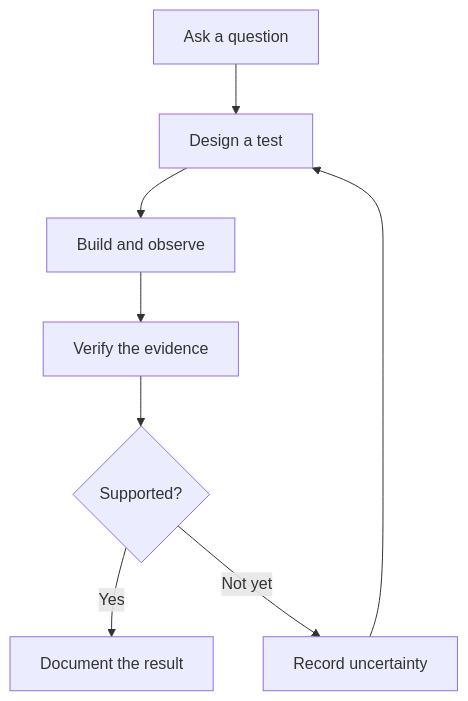
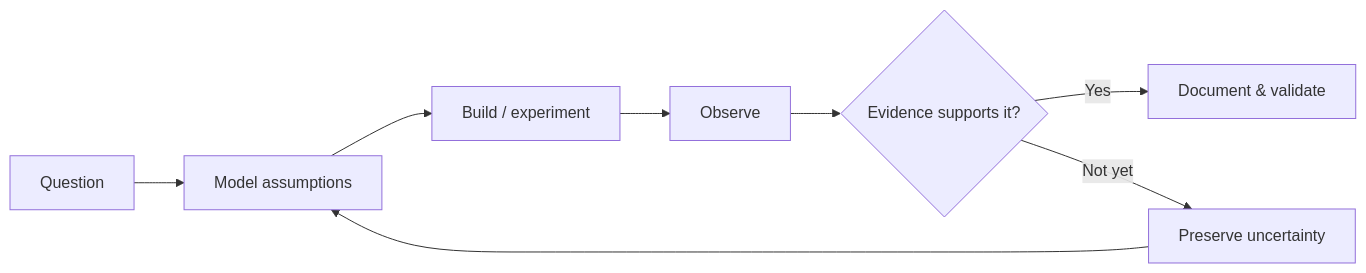
Before and after one commit to YuvalSigura/YuvalSigura: the diagram in README.md, drawn with Mermaid. The commit also changed other lines of this file, not shown here.

````diff
--- a/README.md
+++ b/README.md
@@ -110,10 +109,10 @@
 ```mermaid
-flowchart TD
-    A["Ask a question"] --> B["Design a test"]
-    B --> C["Build and observe"]
-    C --> D["Verify the evidence"]
-    D --> E{"Supported?"}
-    E -->|"Yes"| F["Document the result"]
-    E -->|"Not yet"| G["Record uncertainty"]
-    G --> B
+flowchart LR
+    Q["Question"] --> M["Model assumptions"]
+    M --> B["Build / experiment"]
+    B --> O["Observe"]
+    O --> V{"Evidence supports it?"}
+    V -->|"Yes"| D["Document & validate"]
+    V -->|"Not yet"| U["Preserve uncertainty"]
+    U --> M
 ```
````
